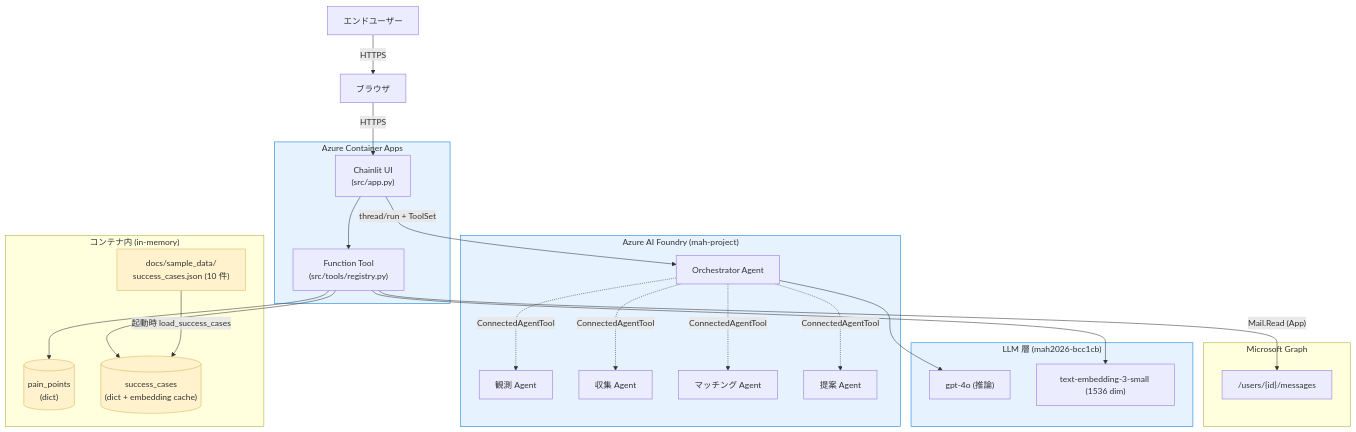
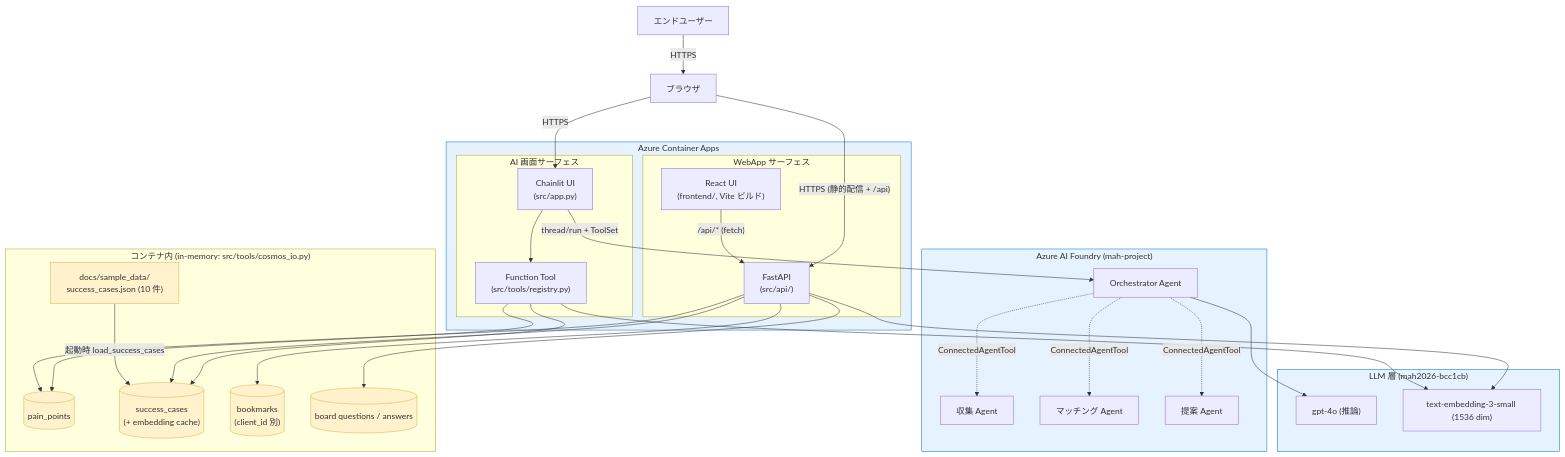
Before and after one commit to motoshifurugen/microsoft-agent-hackathon: the first of 8 diagrams in docs/architecture.md, drawn with Mermaid. The commit also changed other lines of this file and 1 other file, not shown here.

First line of the commit message:
docs: update architecture to post-email-detection design

````diff
--- a/docs/architecture.md
+++ b/docs/architecture.md
@@ -13,52 +18,59 @@
 ```mermaid
 graph TB
     User[エンドユーザー]
-    Browser[ブラウザ]
-    User -->|HTTPS| Browser
+    User -->|HTTPS| Browser[ブラウザ]
 
     subgraph CA["Azure Container Apps"]
-        Chainlit["Chainlit UI<br/>(src/app.py)"]
-        FunctionTool["Function Tool<br/>(src/tools/registry.py)"]
-        Chainlit --> FunctionTool
+        subgraph WebApp["WebApp サーフェス"]
+            React["React UI<br/>(frontend/, Vite ビルド)"]
+            FastAPI["FastAPI<br/>(src/api/)"]
+            React -->|"/api/* (fetch)"| FastAPI
+        end
+        subgraph AISurface["AI 画面サーフェス"]
+            Chainlit["Chainlit UI<br/>(src/app.py)"]
+            FunctionTool["Function Tool<br/>(src/tools/registry.py)"]
+            Chainlit --> FunctionTool
+        end
     end
+    Browser -->|"HTTPS (静的配信 + /api)"| FastAPI
     Browser -->|HTTPS| Chainlit
 
     subgraph Foundry["Azure AI Foundry (mah-project)"]
         Orch["Orchestrator Agent"]
-        Observer["観測 Agent"]
         Collector["収集 Agent"]
         Matcher["マッチング Agent"]
         Proposer["提案 Agent"]
-        Orch -.ConnectedAgentTool.-> Observer
         Orch -.ConnectedAgentTool.-> Collector
         Orch -.ConnectedAgentTool.-> Matcher
         Orch -.ConnectedAgentTool.-> Proposer
     end
     Chainlit -->|"thread/run + ToolSet"| Orch
 
     subgraph LLM["LLM 層 (mah2026-bcc1cb)"]
         GPT4o["gpt-4o (推論)"]
         EmbModel["text-embedding-3-small (1536 dim)"]
     end
     Orch --> GPT4o
     FunctionTool --> EmbModel
+    FastAPI --> EmbModel
 
-    subgraph Graph["Microsoft Graph"]
-        Mail["/users/{id}/messages"]
-    end
-    FunctionTool -->|"Mail.Read (App)"| Mail
-
-    subgraph Local["コンテナ内 (in-memory)"]
-        PainPoints[("pain_points<br/>(dict)")]
-        SuccessCases[("success_cases<br/>(dict + embedding cache)")]
+    subgraph Local["コンテナ内 (in-memory: src/tools/cosmos_io.py)"]
+        PainPoints[("pain_points")]
+        SuccessCases[("success_cases<br/>(+ embedding cache)")]
+        Bookmarks[("bookmarks<br/>(client_id 別)")]
+        Board[("board questions / answers")]
         Seed["docs/sample_data/<br/>success_cases.json (10 件)"]
         Seed -->|"起動時 load_success_cases"| SuccessCases
     end
+    FastAPI --> PainPoints
+    FastAPI --> SuccessCases
+    FastAPI --> Bookmarks
+    FastAPI --> Board
     FunctionTool --> PainPoints
     FunctionTool --> SuccessCases
 
     classDef azure fill:#e6f3ff,stroke:#0078d4
     classDef data fill:#fff2cc,stroke:#d6b656
     class CA,Foundry,LLM azure
-    class PainPoints,SuccessCases,Seed data
+    class PainPoints,SuccessCases,Bookmarks,Board,Seed data
 ```
````
